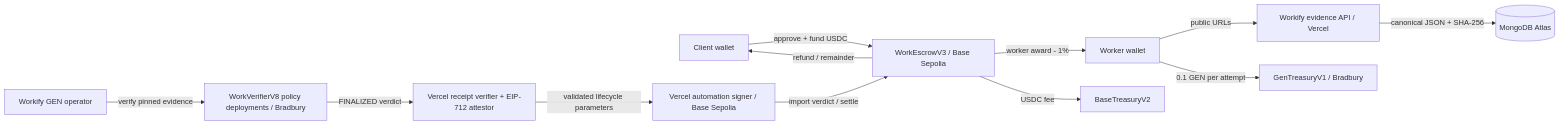
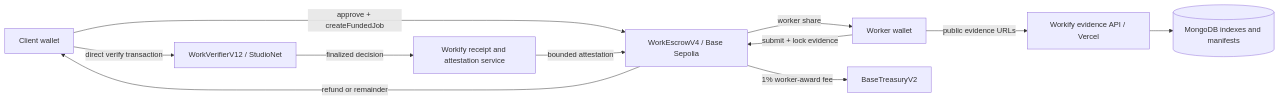
Before and after one commit to TS-mfon/workify-protocol: the diagram in README.md, drawn with Mermaid. The commit also changed other lines of this file and 25 other files, not shown here.

Commit message:
feat: activate Workify V4 and GenLayer V12

````diff
--- a/README.md
+++ b/README.md
@@ -34,14 +42,13 @@
 ```mermaid
 flowchart LR
-  C[Client wallet] -->|approve + fund USDC| E[WorkEscrowV3 / Base Sepolia]
-  W[Worker wallet] -->|public URLs| A[Workify evidence API / Vercel]
-  A -->|canonical JSON + SHA-256| M[(MongoDB Atlas)]
-  W -->|0.1 GEN per attempt| T[GenTreasuryV1 / Bradbury]
-  O[Workify GEN operator] -->|verify pinned evidence| V[WorkVerifierV8 policy deployments / Bradbury]
-  V -->|FINALIZED verdict| R[Vercel receipt verifier + EIP-712 attestor]
-  R -->|validated lifecycle parameters| S[Vercel automation signer / Base Sepolia]
-  S -->|import verdict / settle| E
-  E -->|worker award - 1%| W
-  E -->|refund / remainder| C
-  E -->|USDC fee| BT[BaseTreasuryV2]
+  C[Client wallet] -->|approve + createFundedJob| E[WorkEscrowV4 / Base Sepolia]
+  W[Worker wallet] -->|submit + lock evidence| E
+  W -->|public evidence URLs| API[Workify evidence API / Vercel]
+  API --> DB[(MongoDB indexes and manifests)]
+  C -->|direct verify transaction| V[WorkVerifierV12 / StudioNet]
+  V -->|finalized decision| P[Workify receipt and attestation service]
+  P -->|bounded attestation| E
+  E -->|worker share| W
+  E -->|refund or remainder| C
+  E -->|1% worker-award fee| T[BaseTreasuryV2]
 ```
````
